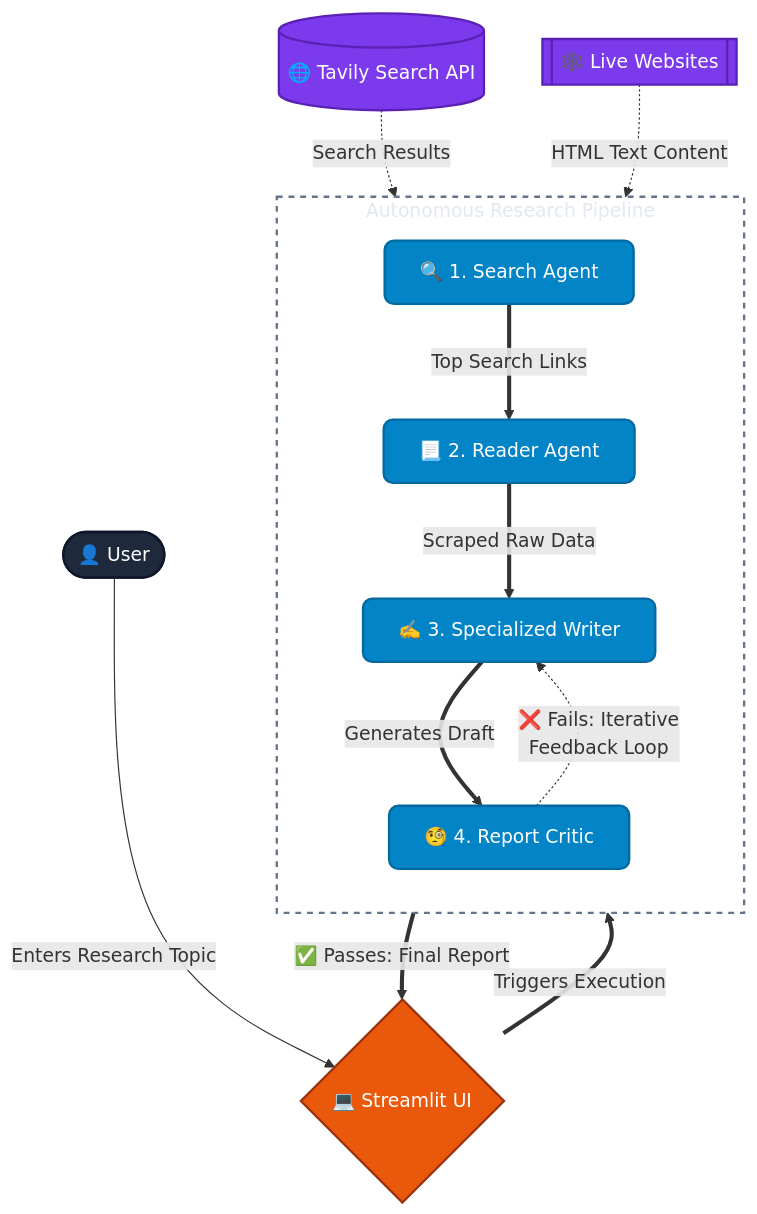
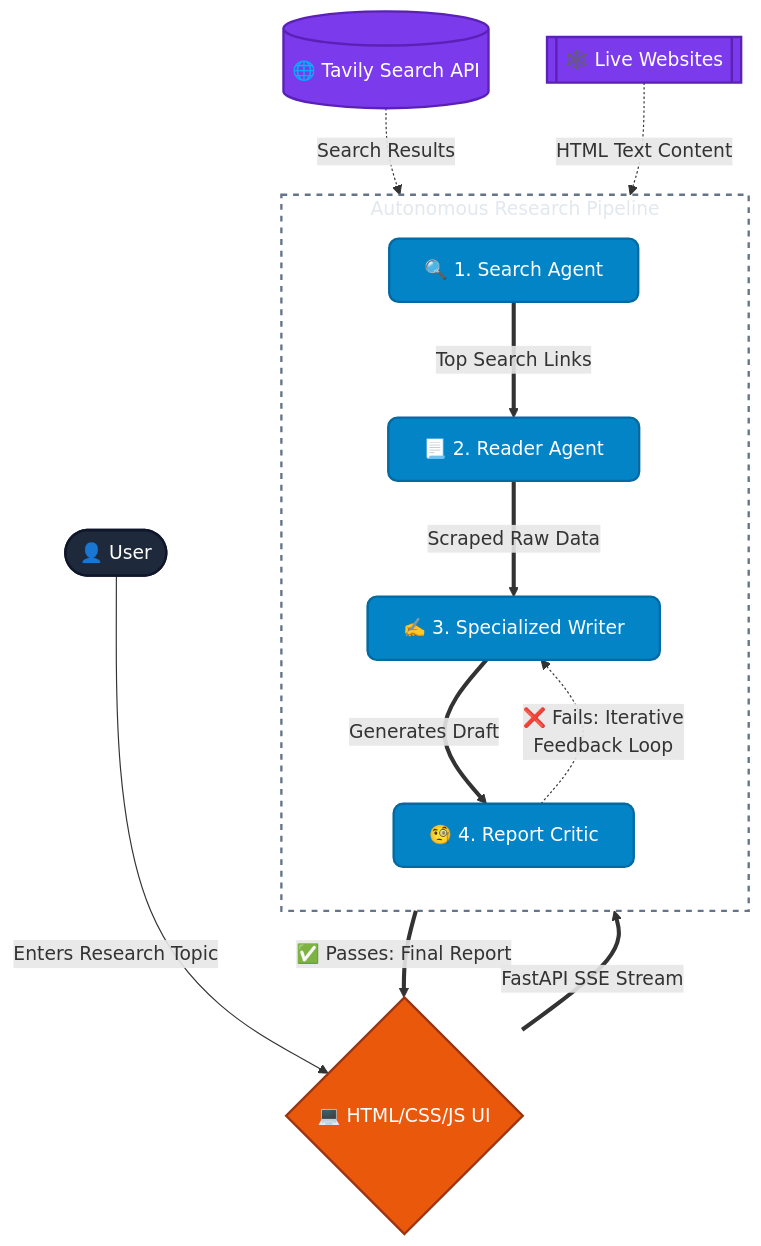
One commit to Uday-1001/Research-Mind changed the diagram in README.md. Above: the diagram before and after it, drawn with Mermaid. The commit also changed other lines of this file and 10 other files, not shown here.

````diff
--- a/README.md
+++ b/README.md
@@ -21,42 +21,42 @@
 ```mermaid
 flowchart TD
     classDef user fill:#1e293b,stroke:#0f172a,stroke-width:2px,color:#fff,rx:20,ry:20
     classDef ui fill:#ea580c,stroke:#9a3412,stroke-width:2px,color:#fff,rx:10,ry:10
     classDef agent fill:#0284c7,stroke:#0369a1,stroke-width:2px,color:#fff,rx:8,ry:8
     classDef integration fill:#7c3aed,stroke:#5b21b6,stroke-width:2px,color:#fff
     classDef container fill:none,stroke:#64748b,stroke-width:2px,stroke-dasharray: 5 5,color:#e2e8f0
     
-    User([👤 User]) -->|Enters Research Topic| UI{💻 Streamlit UI}
+    User([👤 User]) -->|Enters Research Topic| UI{💻 HTML/CSS/JS UI}
     
     subgraph MultiAgentPipeline[Autonomous Research Pipeline]
         direction TB
         
         Search[🔍 1. Search Agent] 
         Reader[📃 2. Reader Agent]
         Writer[✍️ 3. Specialized Writer]
         Critic[🧐 4. Report Critic]
         
         Search ==>|Top Search Links| Reader
         Reader ==>|Scraped Raw Data| Writer
         Writer ==>|Generates Draft| Critic
         
         Critic -.->|❌ Fails: Iterative</br>Feedback Loop| Writer
     end
     
-    UI ==>|Triggers Execution| Search
+    UI ==>|FastAPI SSE Stream| Search
     Critic ==>|✅ Passes: Final Report| UI
     
     %% Integrations
     Tavily[(🌐 Tavily Search API)]
     Sites[[🕸️ Live Websites]]
     
     Tavily -.->|Search Results| Search
     Sites -.->|HTML Text Content| Reader
 
     %% Apply Classes
     class User user
     class UI ui
     class Search,Reader,Writer,Critic agent
     class Tavily,Sites integration
     class MultiAgentPipeline container
 ```
````
